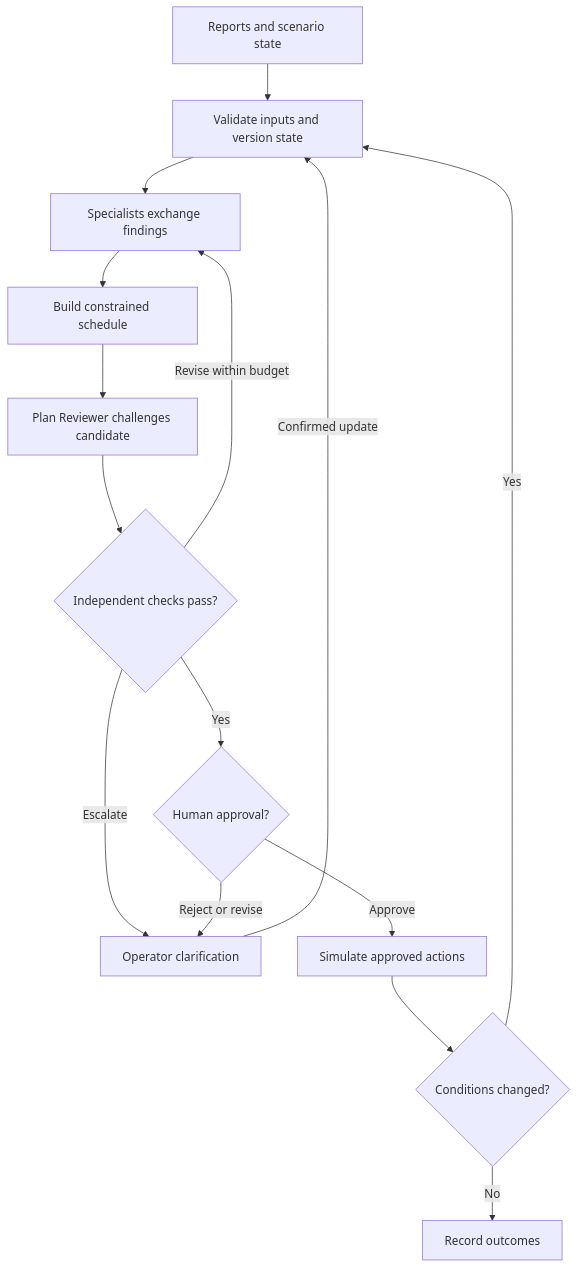
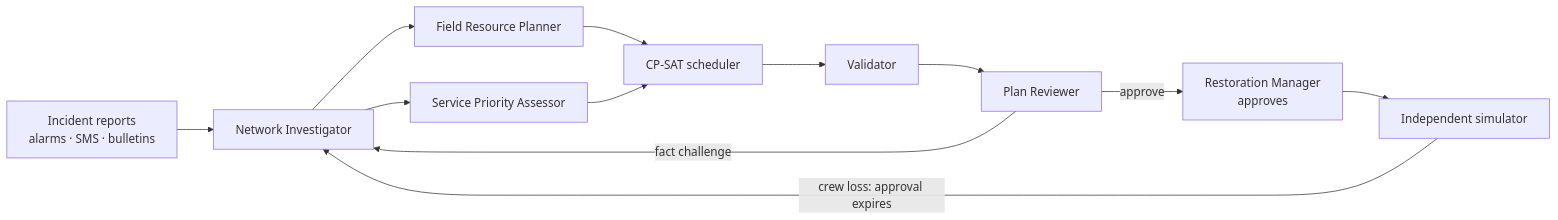
The diagram in README.md (inthiiii/hyperreaility-sliit), drawn with Mermaid before and after one commit. The commit also changed other lines of this file and 82 other files, not shown here.

````diff
--- a/README.md
+++ b/README.md
@@ -70,17 +21,11 @@
 ```mermaid
-flowchart TD
-    A[Reports and scenario state] --> B[Validate inputs and version state]
-    B --> C[Specialists exchange findings]
-    C --> D[Build constrained schedule]
-    D --> E[Plan Reviewer challenges candidate]
-    E --> F{Independent checks pass?}
-    F -->|Revise within budget| C
-    F -->|Escalate| G[Operator clarification]
-    G -->|Confirmed update| B
-    F -->|Yes| H{Human approval?}
-    H -->|Reject or revise| G
-    H -->|Approve| I[Simulate approved actions]
-    I --> J{Conditions changed?}
-    J -->|Yes| B
-    J -->|No| K[Record outcomes]
+flowchart LR
+    R[Incident reports<br/>alarms · SMS · bulletins] --> I[Network Investigator]
+    I --> FR[Field Resource Planner]
+    I --> PA[Service Priority Assessor]
+    FR & PA --> S[CP-SAT scheduler] --> V[Validator] --> RV[Plan Reviewer]
+    RV -->|fact challenge| I
+    RV -->|approve| M[Restoration Manager<br/>approves]
+    M --> SIM[Independent simulator]
+    SIM -->|crew loss: approval expires| I
 ```
````
